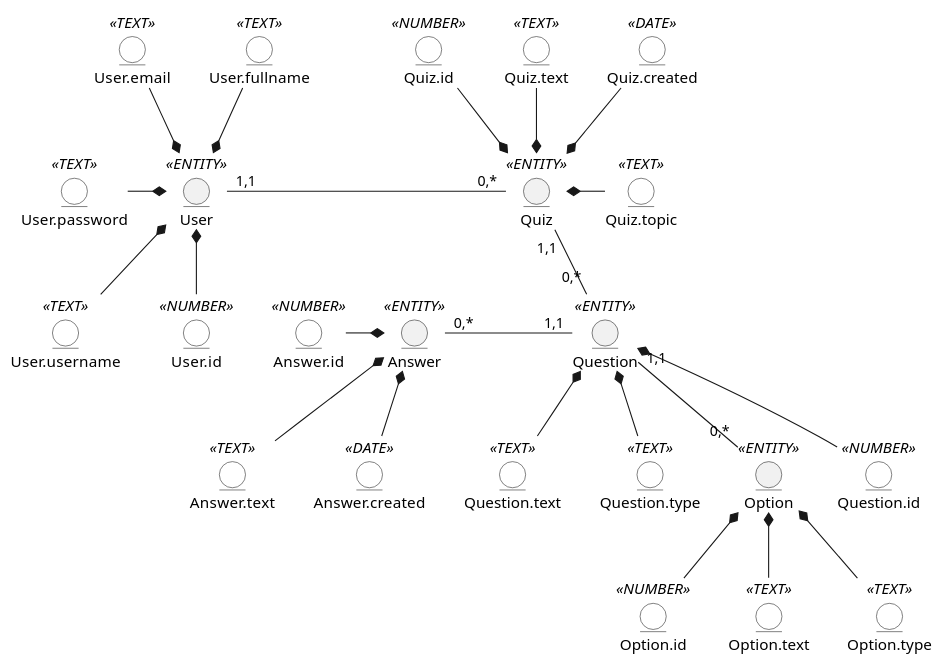
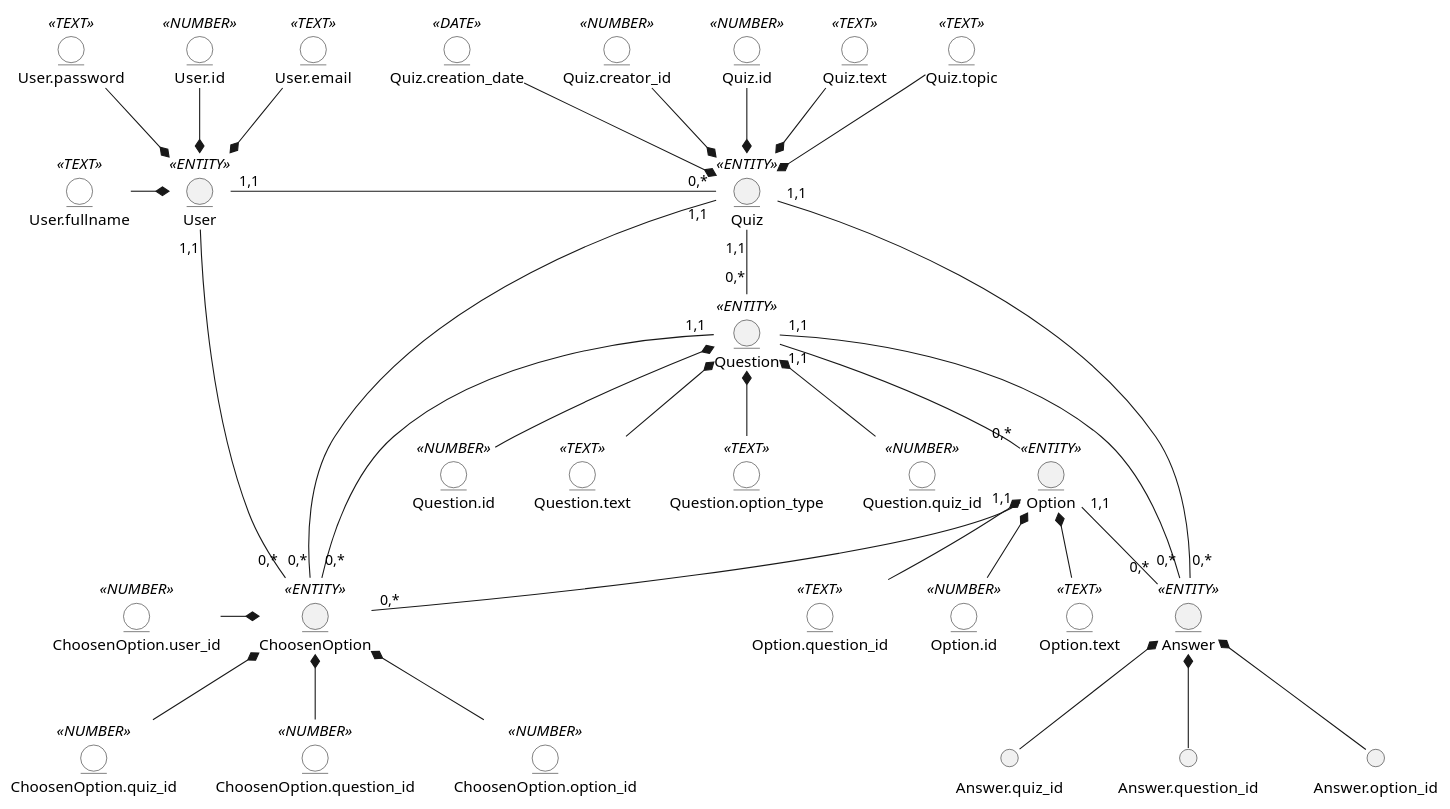
Before and after one commit to goodv1ce/surveys-organization-and-management-system: the first of 2 diagrams in docs/design/README.md, drawn with PlantUML. The commit also changed other lines of this file, not shown here.

Commit message:
[update] changed business objects model, ER model. Added relation model

```diff
--- a/docs/design/README.md
+++ b/docs/design/README.md
@@ -5,57 +5,77 @@
 @startuml
-entity Option <<ENTITY>>
-entity Option.id <<NUMBER>> #ffffff
-entity Option.text <<TEXT>> #ffffff
-entity Option.type <<TEXT>> #ffffff
-
-entity Answer <<ENTITY>>
-entity Answer.id <<NUMBER>> #ffffff
-entity Answer.text <<TEXT>> #ffffff
-entity Answer.created <<DATE>> #ffffff
-
 entity User <<ENTITY>>
 entity User.id <<NUMBER>> #ffffff
-entity User.username <<TEXT>> #ffffff
+entity User.email <<TEXT>> #ffffff
 entity User.password <<TEXT>> #ffffff
-entity User.email <<TEXT>> #ffffff
 entity User.fullname <<TEXT>> #ffffff
-
-entity Question <<ENTITY>>
-entity Question.id <<NUMBER>> #ffffff
-entity Question.text <<TEXT>> #ffffff
-entity Question.type <<TEXT>> #ffffff
 
 entity Quiz <<ENTITY>>
 entity Quiz.id <<NUMBER>> #ffffff
 entity Quiz.text <<TEXT>> #ffffff
 entity Quiz.topic <<TEXT>> #ffffff
-entity Quiz.created <<DATE>> #ffffff
+entity Quiz.creation_date <<DATE>> #ffffff
+entity Quiz.creator_id <<NUMBER>> #ffffff
+
+entity Question <<ENTITY>>
+entity Question.id <<NUMBER>> #ffffff
+entity Question.text <<TEXT>> #ffffff
+entity Question.option_type <<TEXT>> #ffffff
+entity Question.quiz_id <<NUMBER>> #ffffff
+
+entity Option <<ENTITY>>
+entity Option.id <<NUMBER>> #ffffff
+entity Option.text <<TEXT>> #ffffff
+entity Option.question_id <<TEXT>> #ffffff
+
+entity ChoosenOption <<ENTITY>>
+entity ChoosenOption.user_id <<NUMBER>> #ffffff
+entity ChoosenOption.quiz_id <<NUMBER>> #ffffff
+entity ChoosenOption.question_id <<NUMBER>> #ffffff
+entity ChoosenOption.option_id <<NUMBER>> #ffffff
+
+entity Answer <<ENTITY>>
+entity ChoosenOption.user_id <<NUMBER>> #ffffff
+entity ChoosenOption.quiz_id <<NUMBER>> #ffffff
+entity ChoosenOption.question_id <<NUMBER>> #ffffff
+entity ChoosenOption.option_id <<NUMBER>> #ffffff
+
+User.id -down-* User
+User.email -down-* User
+User.password -down-* User
+User.fullname -right-* User
+
+Quiz.id -down-* Quiz
+Quiz.text -down-* Quiz
+Quiz.topic -down-* Quiz
+Quiz.creation_date -down-* Quiz
+Quiz.creator_id -down-* Quiz
+
+Question.id -up-* Question
+Question.text -up-* Question
+Question.option_type -up-* Question
+Question.quiz_id -up-* Question
 
 Option.id -u-* Option
 Option.text -u-* Option
-Option.type -u-* Option
+Option.question_id -u-* Option
 
-Answer.id -r-* Answer
-Answer.text -u-* Answer
-Answer.created -u-* Answer
+ChoosenOption.user_id -right-* ChoosenOption
+ChoosenOption.quiz_id -u-* ChoosenOption
+ChoosenOption.question_id -u-* ChoosenOption
+ChoosenOption.option_id -u-* ChoosenOption
 
-Question.id -u-* Question
-Question.text -u-* Question
-Question.type -u-* Question
-
-Quiz.id -d-* Quiz
-Quiz.text -d-* Quiz
-Quiz.topic -l-* Quiz
-Quiz.created -d-* Quiz
-
-User.id -u-* User
-User.username -u-* User
-User.password -r-* User
-User.email -d-* User
-User.fullname -d-* User
+Answer.quiz_id -up-* Answer
+Answer.question_id -up-* Answer
+Answer.option_id -up-* Answer
 
 User"1,1" -r-"0,*" Quiz
-Question"1,1"-l- "0,*" Answer
 Quiz "1,1" -d- "0,*" Question
 Question "1,1" -d- "0,*" Option
+User "1,1" -d- "0,*" ChoosenOption
+Quiz "1,1" -d- "0,*" ChoosenOption
+Question "1,1" -d- "0,*" ChoosenOption
+Option "1,1" -d- "0,*" ChoosenOption
+Quiz "1,1" -d- "0,*" Answer
+Question "1,1" -d- "0,*" Answer
+Option "1,1" -d- "0,*" Answer
 @enduml
```
